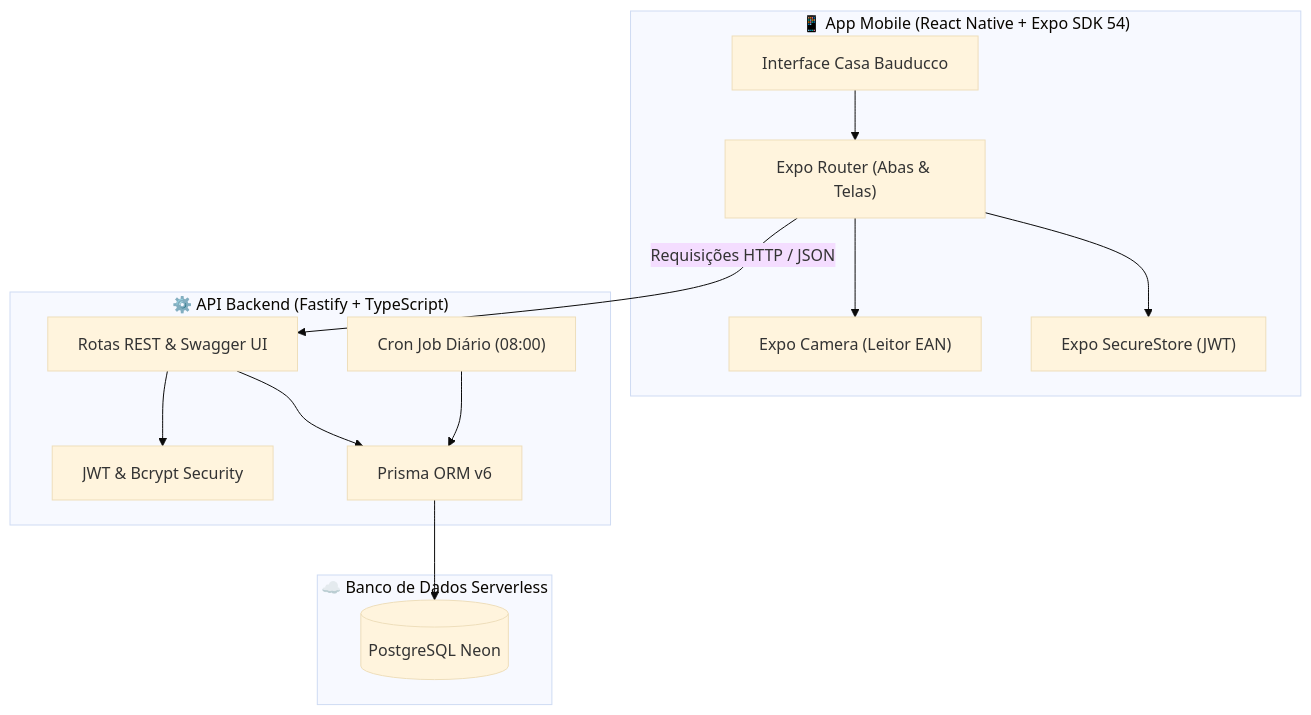
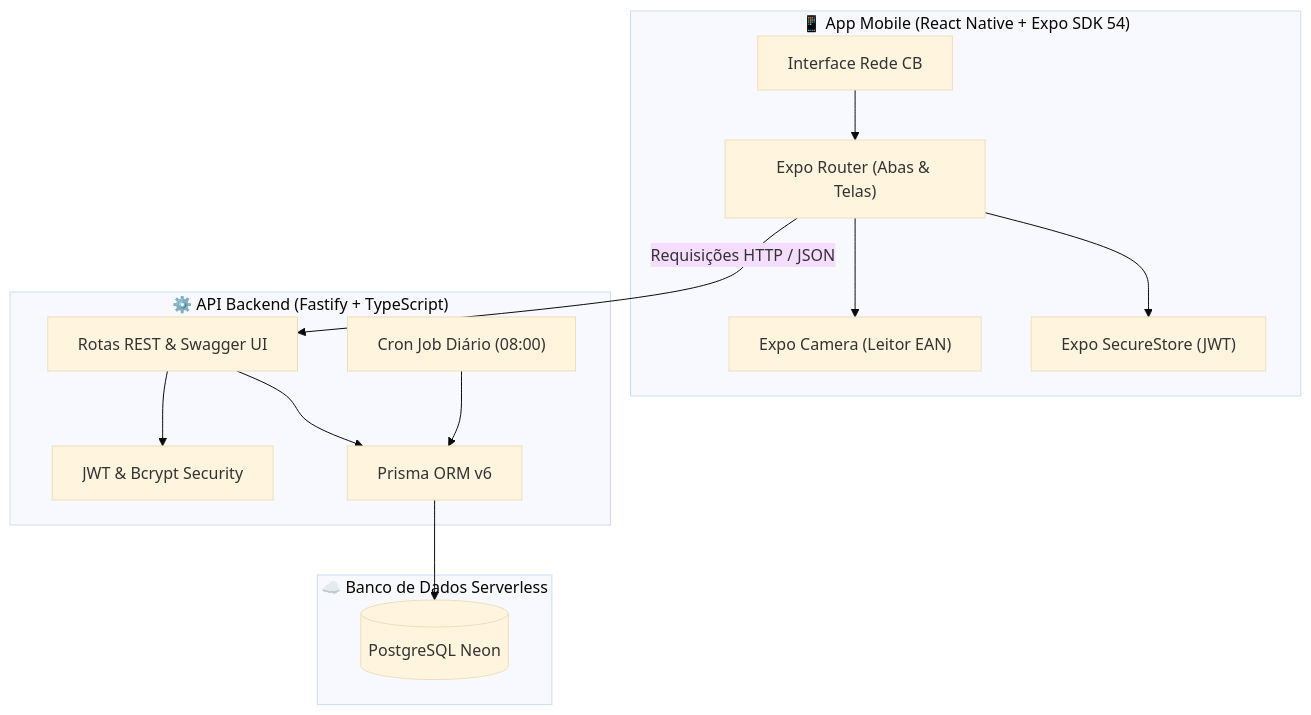
One commit to DigoCast/valida-bauducco changed the diagram in README.md. Above: the diagram before and after it, drawn with Mermaid (base theme). The commit also changed other lines of this file and 23 other files, not shown here.

````diff
--- a/README.md
+++ b/README.md
@@ -55,29 +55,29 @@
 ```mermaid
 graph TD
     subgraph Mobile ["📱 App Mobile (React Native + Expo SDK 54)"]
-        UI["Interface Casa Bauducco"]
+        UI["Interface Rede CB"]
         Router["Expo Router (Abas & Telas)"]
         Cam["Expo Camera (Leitor EAN)"]
         Store["Expo SecureStore (JWT)"]
     end
 
     subgraph Backend ["⚙️ API Backend (Fastify + TypeScript)"]
         Routes["Rotas REST & Swagger UI"]
         Auth["JWT & Bcrypt Security"]
         Cron["Cron Job Diário (08:00)"]
         Prisma["Prisma ORM v6"]
     end
 
     subgraph Database ["☁️ Banco de Dados Serverless"]
         Neon[("PostgreSQL Neon")]
     end
 
     UI --> Router
     Router --> Cam
     Router --> Store
     Router -- "Requisições HTTP / JSON" --> Routes
     Routes --> Auth
     Routes --> Prisma
     Cron --> Prisma
     Prisma --> Neon
 ```
````
